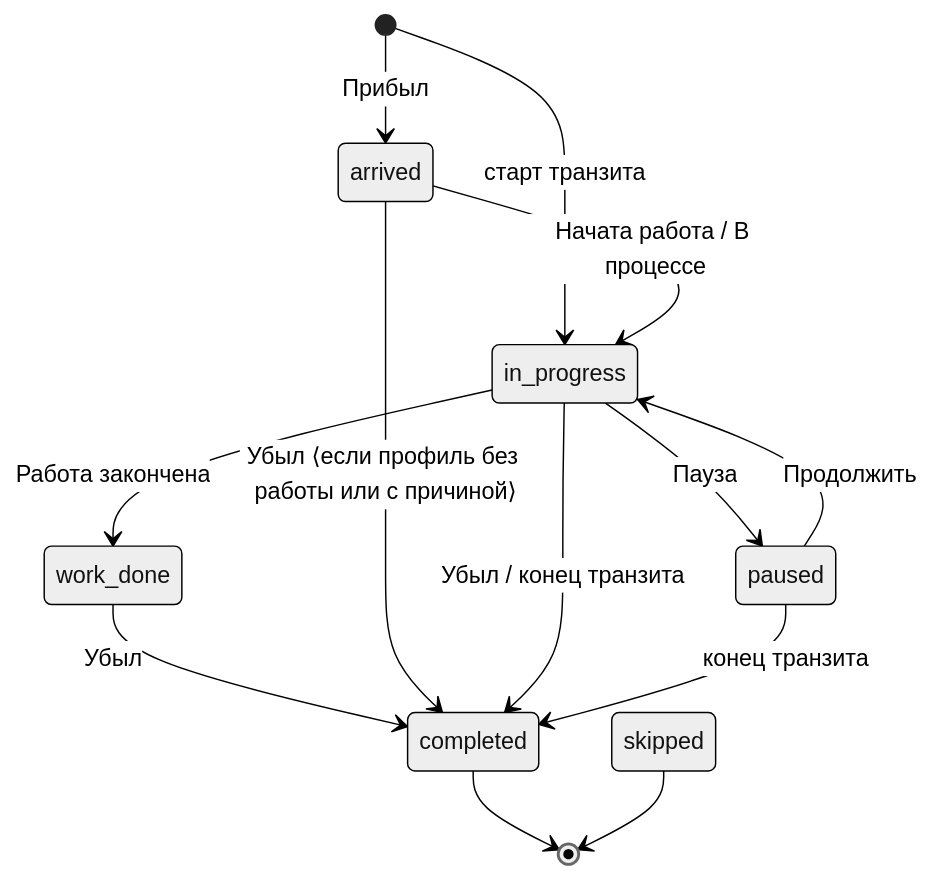
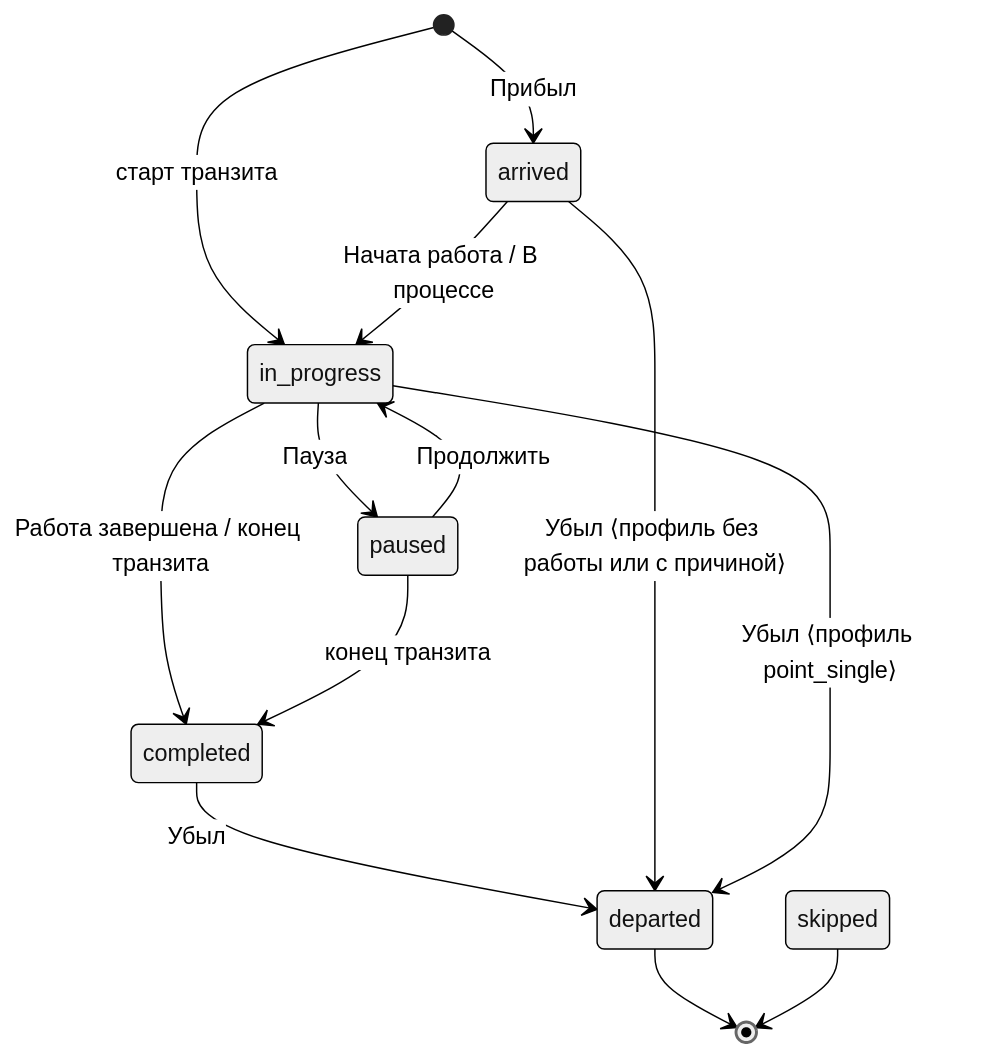
The first of 2 diagrams in docs/state-machine.md (spite-creator/plobi-chat), drawn with Mermaid (neutral theme) before and after one commit. The commit also changed other lines of this file and 2 other files, not shown here.

First line of the commit message:
Clarify status vocabulary: completed = work finished, departed = left the point, phase for stage position

````diff
--- a/docs/state-machine.md
+++ b/docs/state-machine.md
@@ -32,15 +64,15 @@
 ```mermaid
 stateDiagram-v2
     [*] --> arrived: Прибыл
     [*] --> in_progress: старт транзита
     arrived --> in_progress: Начата работа / В процессе
     in_progress --> paused: Пауза
     paused --> in_progress: Продолжить
-    in_progress --> work_done: Работа закончена
-    work_done --> completed: Убыл
-    arrived --> completed: Убыл ⟨если профиль без работы или с причиной⟩
-    in_progress --> completed: Убыл / конец транзита
+    in_progress --> completed: Работа завершена / конец транзита
     paused --> completed: конец транзита
-    completed --> [*]
+    completed --> departed: Убыл
+    arrived --> departed: Убыл ⟨профиль без работы или с причиной⟩
+    in_progress --> departed: Убыл ⟨профиль point_single⟩
+    departed --> [*]
     skipped --> [*]
 ```
````
